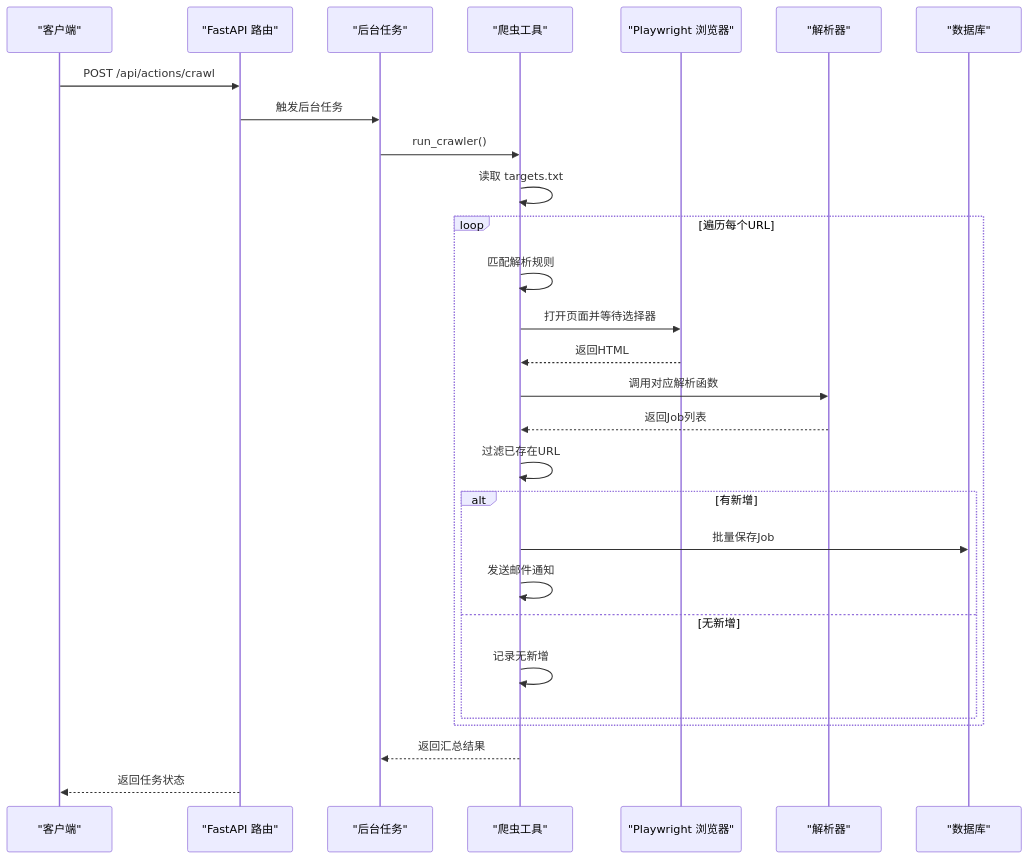
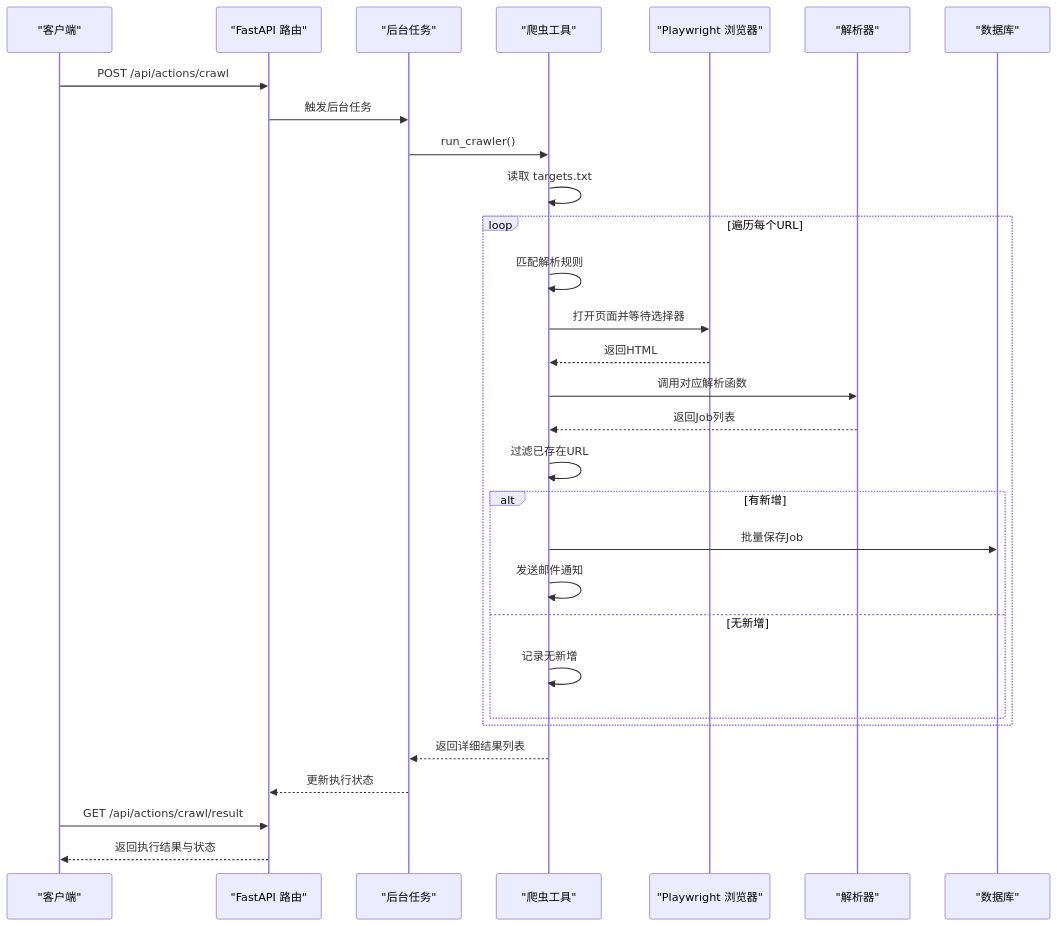
One commit to henghengZhu-0719/myblog changed the second of 6 diagrams in .qoder/repowiki/zh/content/后端架构/工具函数库/招聘数据爬取工具.md. Above: the diagram before and after it, drawn with Mermaid. The commit also changed other lines of this file and 3 other files, not shown here.

````diff
--- a/.qoder/repowiki/zh/content/后端架构/工具函数库/招聘数据爬取工具.md
+++ b/.qoder/repowiki/zh/content/后端架构/工具函数库/招聘数据爬取工具.md
@@ -98,30 +118,32 @@
 ```mermaid
 sequenceDiagram
 participant Client as "客户端"
 participant API as "FastAPI 路由"
 participant BG as "后台任务"
 participant Crawler as "爬虫工具"
 participant PW as "Playwright 浏览器"
 participant Parser as "解析器"
 participant DB as "数据库"
 Client->>API : POST /api/actions/crawl
 API->>BG : 触发后台任务
 BG->>Crawler : run_crawler()
 Crawler->>Crawler : 读取 targets.txt
 loop 遍历每个URL
 Crawler->>Crawler : 匹配解析规则
 Crawler->>PW : 打开页面并等待选择器
 PW-->>Crawler : 返回HTML
 Crawler->>Parser : 调用对应解析函数
 Parser-->>Crawler : 返回Job列表
 Crawler->>Crawler : 过滤已存在URL
 alt 有新增
 Crawler->>DB : 批量保存Job
 Crawler->>Crawler : 发送邮件通知
 else 无新增
 Crawler->>Crawler : 记录无新增
 end
 end
-Crawler-->>BG : 返回汇总结果
-API-->>Client : 返回任务状态
+Crawler-->>BG : 返回详细结果列表
+BG-->>API : 更新执行状态
+Client->>API : GET /api/actions/crawl/result
+API-->>Client : 返回执行结果与状态
 ```
````
